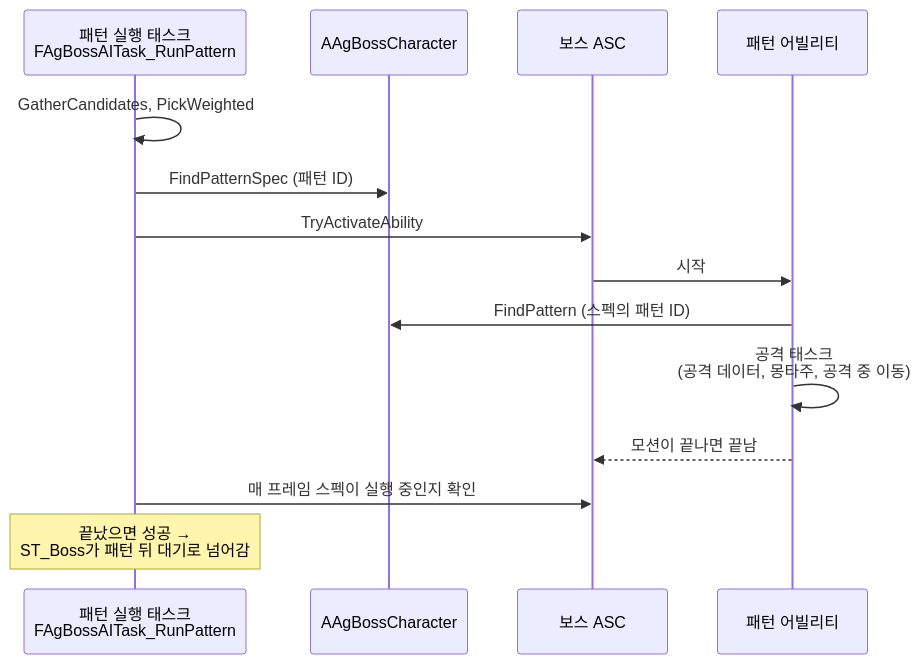
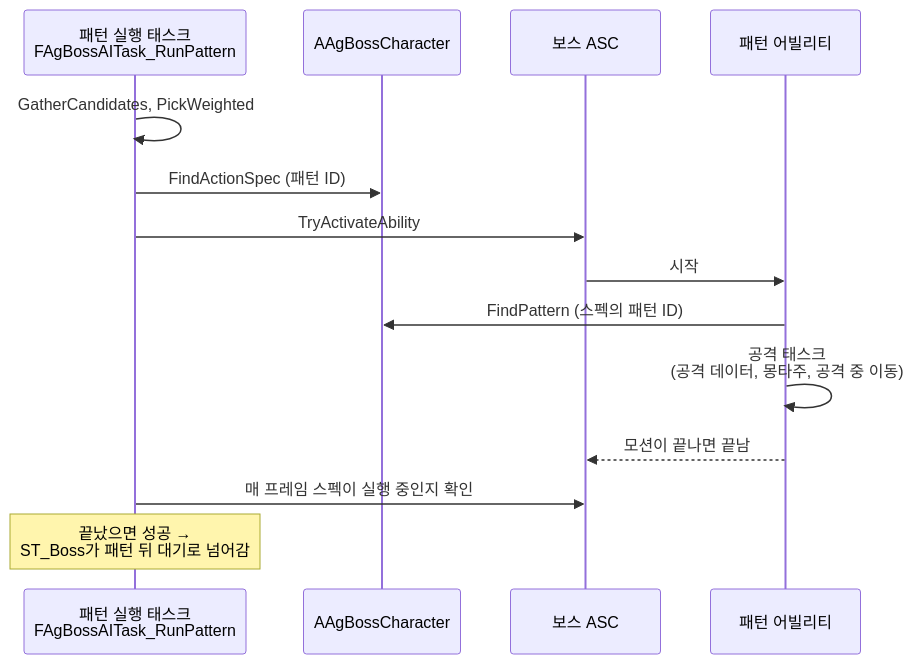
Before and after one commit to Woogl/Ag: the third of 3 diagrams in Docs/Program/보스.md, drawn with Mermaid. The commit also changed other lines of this file and 54 other files, not shown here.

````diff
--- a/Docs/Program/보스.md
+++ b/Docs/Program/보스.md
@@ -136,16 +135,16 @@
 ```mermaid
 sequenceDiagram
     participant T as 패턴 실행 태스크<br>FAgBossAITask_RunPattern
     participant B as AAgBossCharacter
     participant ASC as 보스 ASC
     participant GA as 패턴 어빌리티
     T->>T: GatherCandidates, PickWeighted
-    T->>B: FindPatternSpec (패턴 ID)
+    T->>B: FindActionSpec (패턴 ID)
     T->>ASC: TryActivateAbility
     ASC->>GA: 시작
     GA->>B: FindPattern (스펙의 패턴 ID)
     GA->>GA: 공격 태스크<br>(공격 데이터, 몽타주, 공격 중 이동)
     GA-->>ASC: 모션이 끝나면 끝남
     T->>ASC: 매 프레임 스펙이 실행 중인지 확인
     Note over T: 끝났으면 성공 →<br>ST_Boss가 패턴 뒤 대기로 넘어감
 ```
````
